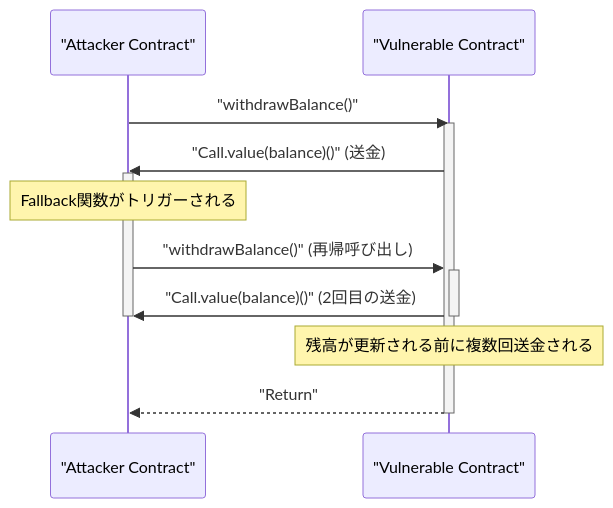
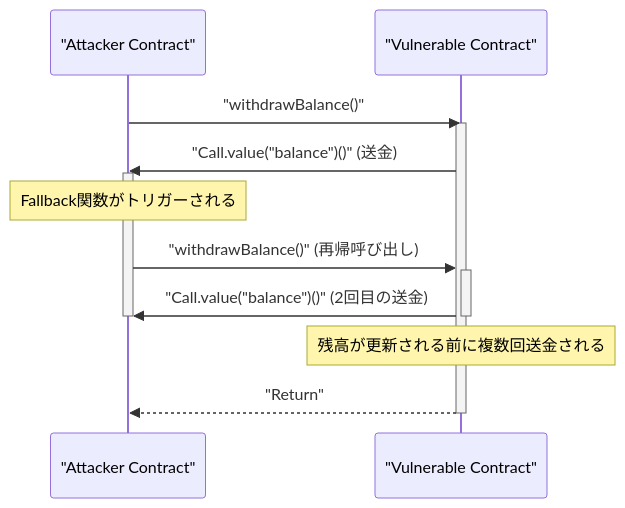
One commit to kenjinote/blog changed the second of 2 diagrams in content/post/blockchain-technology-smart-contract-distributed-ledger/index.md. Above: the diagram before and after it, drawn with Mermaid. The commit also changed 929 other files, not shown here.

Commit message:
fix: Add double quotes to all Mermaid node texts to resolve syntax errors

````diff
--- a/content/post/blockchain-technology-smart-contract-distributed-ledger/index.md
+++ b/content/post/blockchain-technology-smart-contract-distributed-ledger/index.md
@@ -184,19 +184,19 @@
 ```mermaid
 sequenceDiagram
     participant A as "Attacker Contract"
     participant V as "Vulnerable Contract"
 
     A->>V: "withdrawBalance()"
     activate V
-    V->>A: "Call.value(balance)()" (送金)
+    V->>A: "Call.value("balance")()" (送金)
     activate A
     Note over A: Fallback関数がトリガーされる
     A->>V: "withdrawBalance()" (再帰呼び出し)
     activate V
-    V->>A: "Call.value(balance)()" (2回目の送金)
+    V->>A: "Call.value("balance")()" (2回目の送金)
     deactivate V
     deactivate A
     Note over V: 残高が更新される前に複数回送金される
     V-->>A: "Return"
     deactivate V
 ```
````
